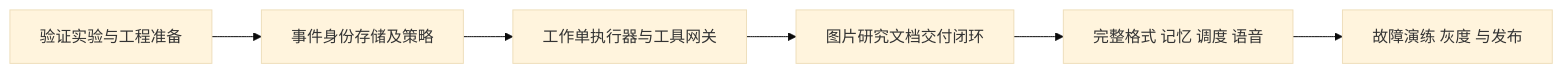
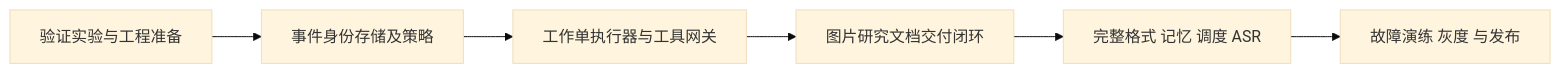
One commit to huchenzi0609-creator/GroupAgent changed the diagram in docs/spec/IMPLEMENTATION_PLAN_V0.1.md. Above: the diagram before and after it, drawn with Mermaid (base theme). The commit also changed other lines of this file and 72 other files, not shown here.

````diff
--- a/docs/spec/IMPLEMENTATION_PLAN_V0.1.md
+++ b/docs/spec/IMPLEMENTATION_PLAN_V0.1.md
@@ -7,8 +7,8 @@
 ```mermaid
 flowchart LR
     P0[验证实验与工程准备] --> P1[事件身份存储及策略]
     P1 --> P2[工作单执行器与工具网关]
     P2 --> P3[图片研究文档交付闭环]
-    P3 --> P4[完整格式 记忆 调度 语音]
+    P3 --> P4[完整格式 记忆 调度 ASR]
     P4 --> P5[故障演练 灰度 与发布]
 ```
````
